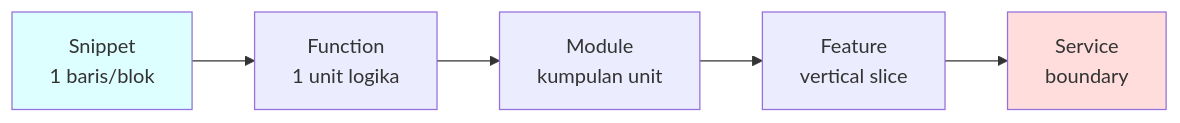
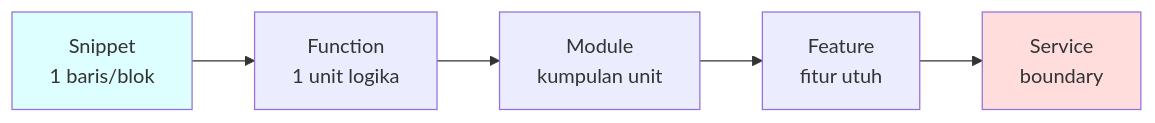
One commit to githubna-ilham/AI_Cursor changed the first of 2 diagrams in Hari-1-Fundamental-DevNotes/Sesi-04-Code-Generation/materi.md. Above: the diagram before and after it, drawn with Mermaid. The commit also changed other lines of this file and 2 other files, not shown here.

````diff
--- a/Hari-1-Fundamental-DevNotes/Sesi-04-Code-Generation/materi.md
+++ b/Hari-1-Fundamental-DevNotes/Sesi-04-Code-Generation/materi.md
@@ -25,9 +25,9 @@
 ```mermaid
 flowchart LR
     A[Snippet<br/>1 baris/blok] --> B[Function<br/>1 unit logika]
     B --> C[Module<br/>kumpulan unit]
-    C --> D[Feature<br/>vertical slice]
+    C --> D[Feature<br/>fitur utuh]
     D --> E[Service<br/>boundary]
     style A fill:#dff
     style E fill:#fdd
 ```
````
